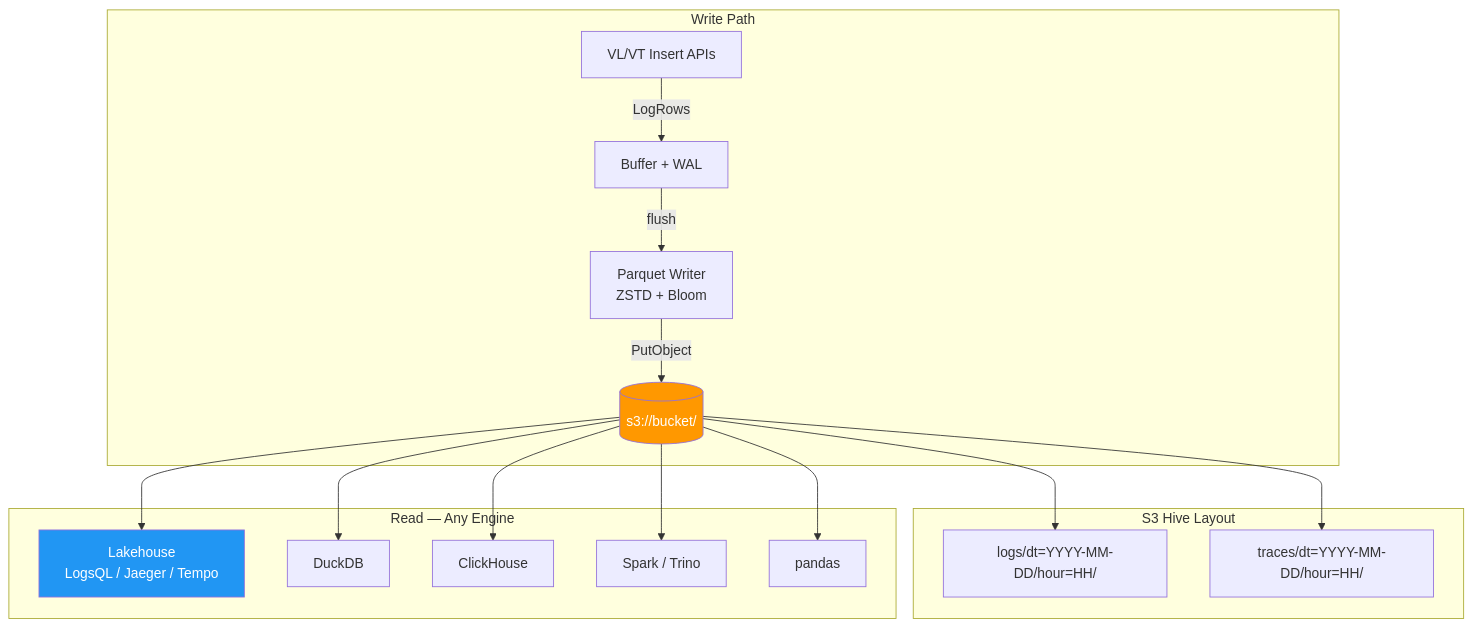
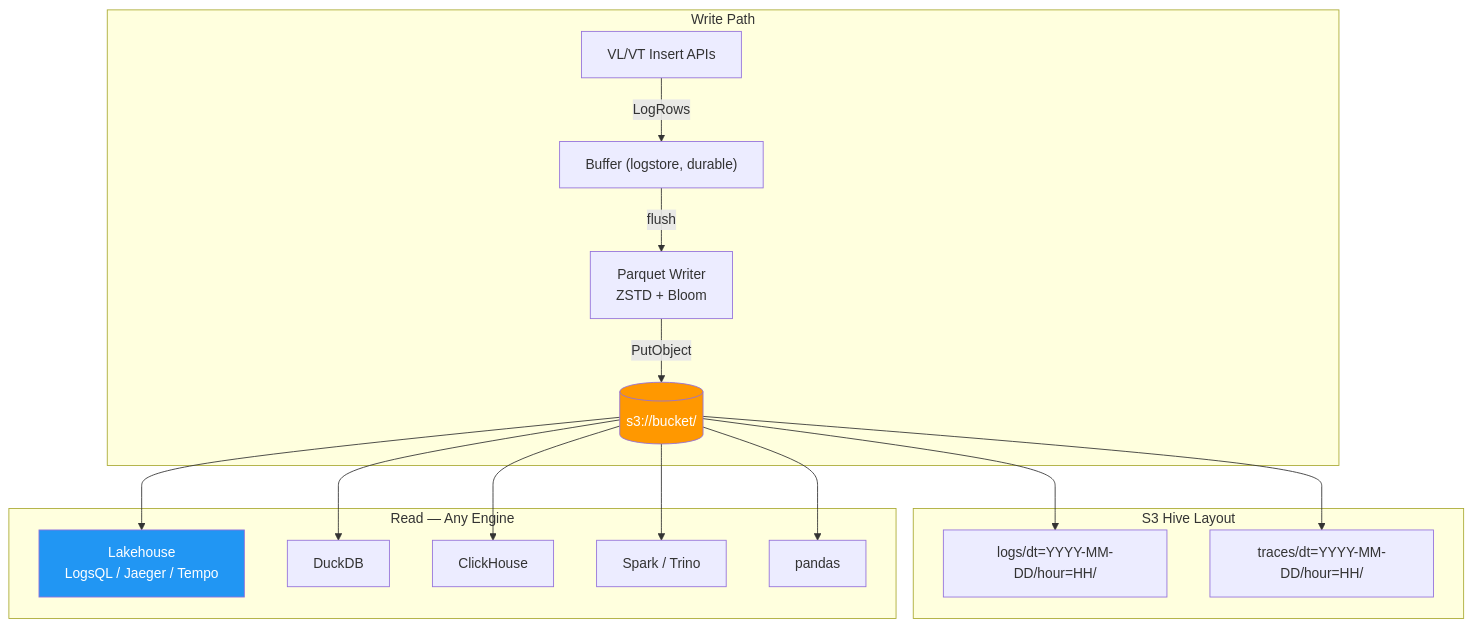
The diagram in docs/open-parquet-format.md (ReliablyObserve/victoria-lakehouse), drawn with Mermaid before and after one commit. The commit also changed 2 other files, not shown here.

Commit message:
docs: purge remaining stale LH WAL refs (k8s, cost-estimates, parquet-format diagrams)

````diff
--- a/docs/open-parquet-format.md
+++ b/docs/open-parquet-format.md
@@ -29,24 +29,24 @@
 ```mermaid
 graph TD
     subgraph "Write Path"
-    VL["VL/VT Insert APIs"] -->|LogRows| B[Buffer + WAL]
+    VL["VL/VT Insert APIs"] -->|LogRows| B["Buffer (logstore, durable)"]
     B -->|flush| PW[Parquet Writer<br/>ZSTD + Bloom]
     PW -->|PutObject| S3
     end
 
     subgraph "S3 Hive Layout"
     S3[("s3://bucket/")] --> L["logs/dt=YYYY-MM-DD/hour=HH/"]
     S3 --> T["traces/dt=YYYY-MM-DD/hour=HH/"]
     end
 
     subgraph "Read — Any Engine"
     S3 --> LH["Lakehouse<br/>LogsQL / Jaeger / Tempo"]
     S3 --> DDB[DuckDB]
     S3 --> CH[ClickHouse]
     S3 --> SP[Spark / Trino]
     S3 --> PD[pandas]
     end
 
     style S3 fill:#FF9800,color:#fff
     style LH fill:#2196F3,color:#fff
 ```
````
